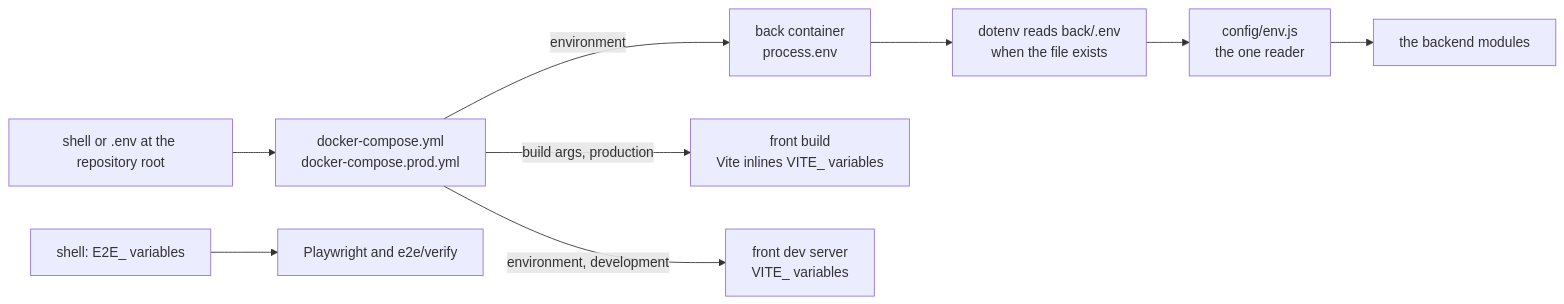
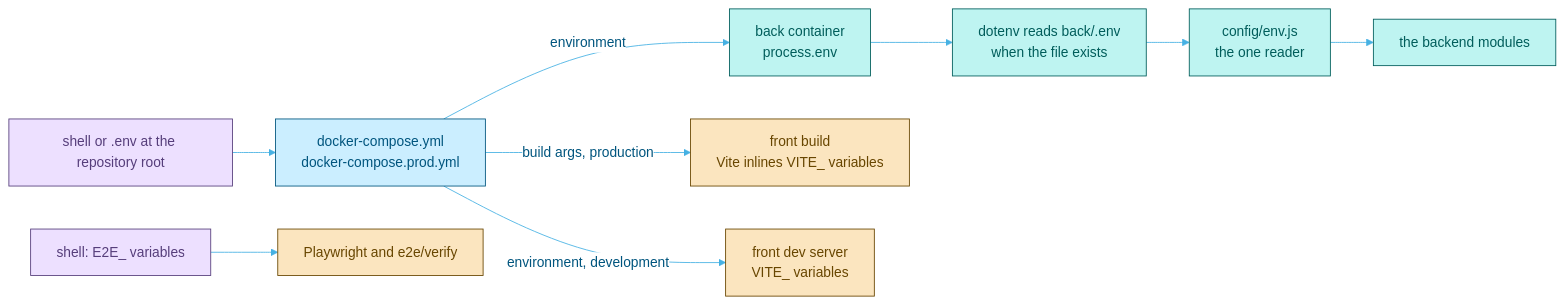
One commit to kfeuerschvenger/BreezyBoard changed the second of 3 diagrams in docs/ENVIRONMENT.md. Above: the diagram before and after it, drawn with Mermaid. The commit also changed other lines of this file and 6 other files, not shown here.

Commit message:
docs: split the deep docs into architecture, environment, testing, CI, API and roadmap

````diff
--- a/docs/ENVIRONMENT.md
+++ b/docs/ENVIRONMENT.md
@@ -7,11 +75,20 @@
 ```mermaid
+%%{init: {"theme": "base", "themeVariables": {"fontFamily": "Segoe UI, Helvetica, Arial, sans-serif", "primaryColor": "#cbeeff", "primaryBorderColor": "#00557e", "primaryTextColor": "#00557e", "lineColor": "#46b1e3", "textColor": "#2f7fa8", "edgeLabelBackground": "#ffffff"}}}%%
 flowchart LR
   Shell["shell or .env at the repository root"] --> Compose["docker-compose.yml<br/>docker-compose.prod.yml"]
   Compose -->|environment| BackEnv["back container<br/>process.env"]
   Compose -->|"build args, production"| Vite["front build<br/>Vite inlines VITE_ variables"]
-  Compose -->|environment, development| Dev["front dev server<br/>VITE_ variables"]
+  Compose -->|"environment, development"| Dev["front dev server<br/>VITE_ variables"]
   BackEnv --> Dotenv["dotenv reads back/.env<br/>when the file exists"]
   Dotenv --> EnvJs["config/env.js<br/>the one reader"]
   EnvJs --> App["the backend modules"]
   E2e["shell: E2E_ variables"] --> Tests["Playwright and e2e/verify"]
+  classDef lavender fill:#ede0ff,stroke:#563e7b,color:#563e7b
+  classDef sky fill:#cbeeff,stroke:#00557e,color:#00557e
+  classDef teal fill:#bef4f1,stroke:#005d5b,color:#005d5b
+  classDef sand fill:#fbe5bf,stroke:#684600,color:#684600
+  class Shell,E2e lavender
+  class Compose sky
+  class BackEnv,Dotenv,EnvJs,App teal
+  class Vite,Dev,Tests sand
 ```
````
